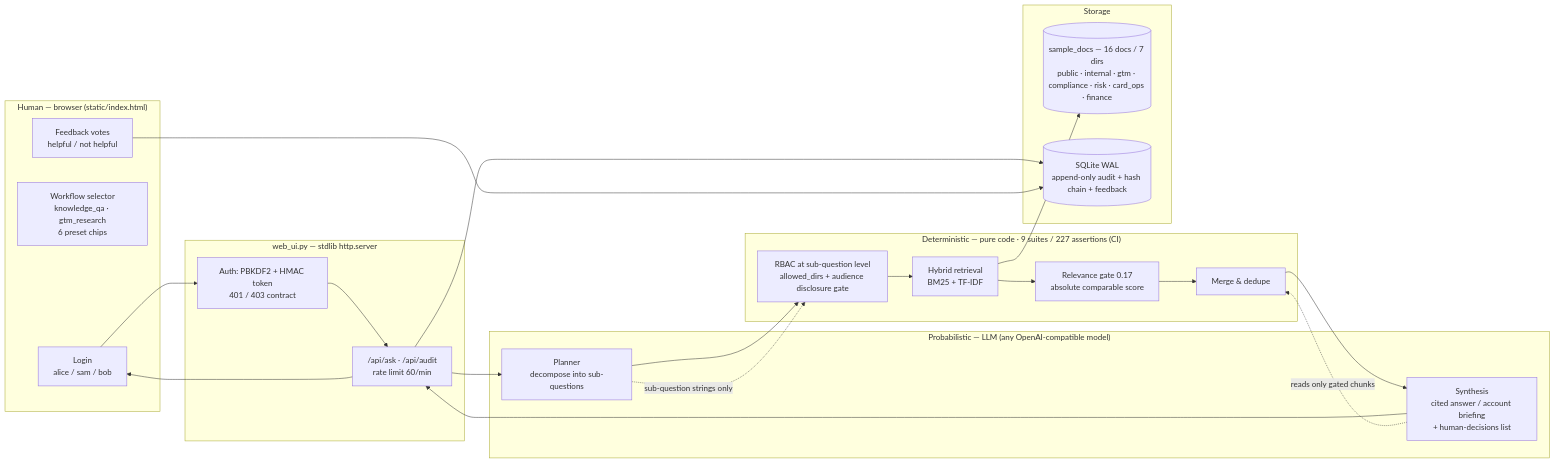
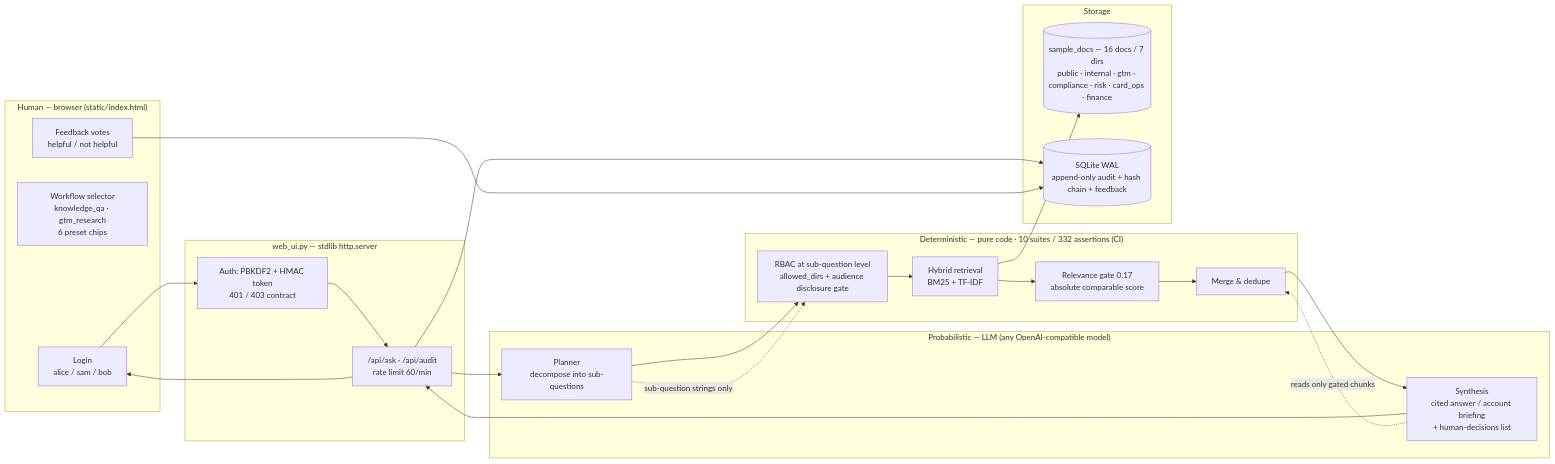
One commit to summersalt827/meridian-pay-kb changed the diagram in docs/architecture.md. Above: the diagram before and after it, drawn with Mermaid. The commit also changed 7 other files, not shown here.

First line of the commit message:
docs: ten suites / 332 assertions, and the boundaries of the outreach draft

````diff
--- a/docs/architecture.md
+++ b/docs/architecture.md
@@ -7,32 +7,32 @@
 ```mermaid
 flowchart LR
   subgraph H["Human — browser (static/index.html)"]
     LOGIN["Login<br/>alice / sam / bob"]
     SEL["Workflow selector<br/>knowledge_qa · gtm_research<br/>6 preset chips"]
     FEED["Feedback votes<br/>helpful / not helpful"]
   end
   subgraph S["web_ui.py — stdlib http.server"]
     AUTH["Auth: PBKDF2 + HMAC token<br/>401 / 403 contract"]
     API["/api/ask · /api/audit<br/>rate limit 60/min"]
   end
   subgraph P["Probabilistic — LLM (any OpenAI-compatible model)"]
     PLAN["Planner<br/>decompose into sub-questions"]
     SYNTH["Synthesis<br/>cited answer / account briefing<br/>+ human-decisions list"]
   end
-  subgraph D["Deterministic — pure code · 9 suites / 227 assertions (CI)"]
+  subgraph D["Deterministic — pure code · 10 suites / 332 assertions (CI)"]
     RBAC["RBAC at sub-question level<br/>allowed_dirs + audience disclosure gate"]
     RET["Hybrid retrieval<br/>BM25 + TF-IDF"]
     GATE["Relevance gate 0.17<br/>absolute comparable score"]
     MERGE["Merge & dedupe"]
   end
   subgraph X["Storage"]
     DOCS[("sample_docs — 16 docs / 7 dirs<br/>public · internal · gtm · compliance · risk · card_ops · finance")]
     DB[("SQLite WAL<br/>append-only audit + hash chain + feedback")]
   end
   LOGIN --> AUTH --> API --> PLAN --> RBAC --> RET --> GATE --> MERGE --> SYNTH --> API --> LOGIN
   RET --> DOCS
   API --> DB
   FEED --> DB
   PLAN -. "sub-question strings only" .-> RBAC
   SYNTH -. "reads only gated chunks" .-> MERGE
 ```
````
